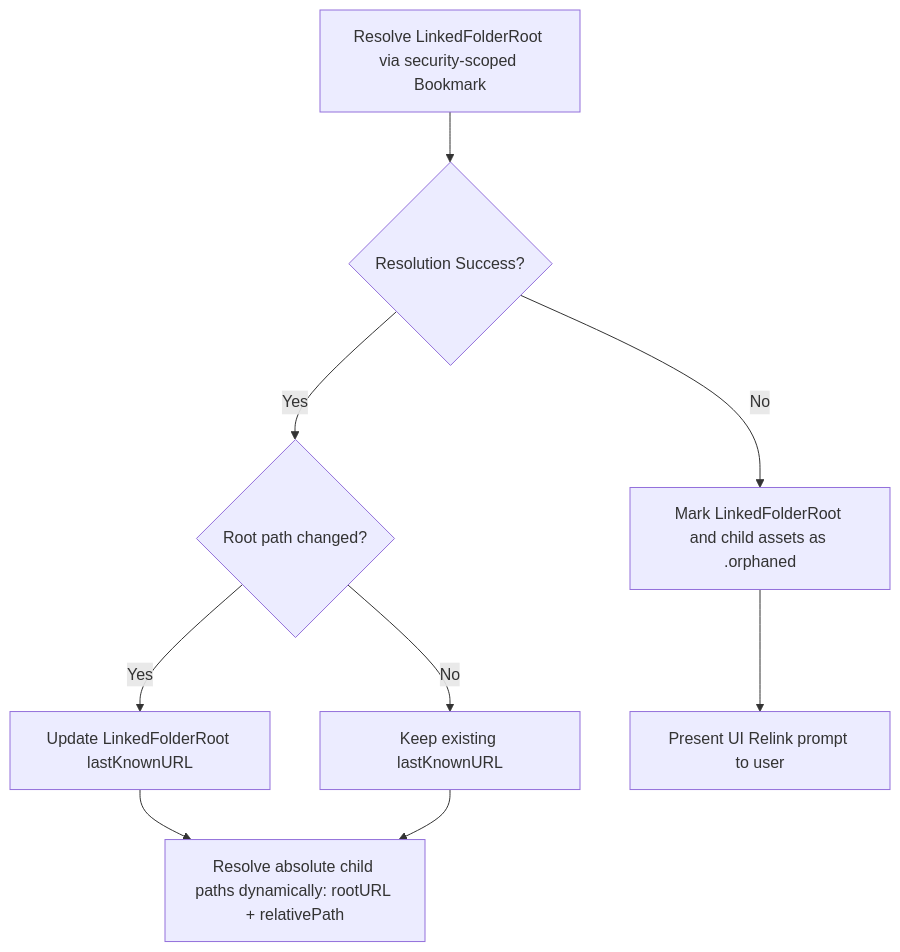
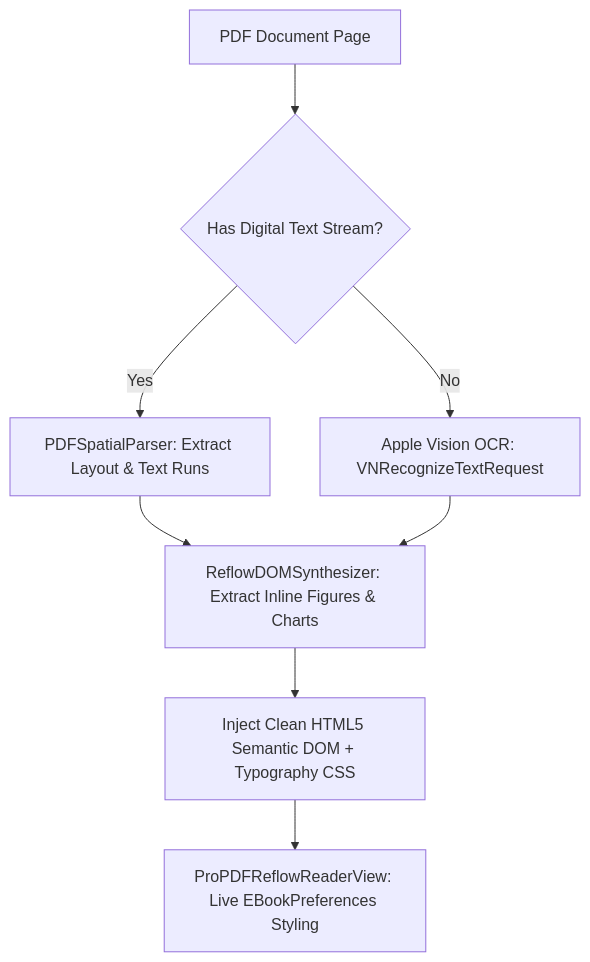
Before and after one commit to cisidro93/InksyncPro: the diagram in docs/InksyncPro_Product_Bible.md, drawn with Mermaid. The commit also changed other lines of this file, not shown here.

Commit message:
docs: update InksyncPro Product Bible with Master Architecture Protocol, Vision OCR PDF Reflow, EPUB stabilization suite, and Swift 6 standards

````diff
--- a/docs/InksyncPro_Product_Bible.md
+++ b/docs/InksyncPro_Product_Bible.md
@@ -405,11 +57,10 @@
 ```mermaid
 graph TD
-    A[Resolve LinkedFolderRoot via security-scoped Bookmark] --> B{Resolution Success?}
-    B -- Yes --> C{Root path changed?}
-    C -- Yes --> D[Update LinkedFolderRoot lastKnownURL]
-    C -- No --> E[Keep existing lastKnownURL]
-    B -- No --> F[Mark LinkedFolderRoot and child assets as .orphaned]
-    D --> G[Resolve absolute child paths dynamically: rootURL + relativePath]
-    E --> G
-    F --> H[Present UI Relink prompt to user]
+    A[PDF Document Page] --> B{Has Digital Text Stream?}
+    B -- Yes --> C[PDFSpatialParser: Extract Layout & Text Runs]
+    B -- No --> D[Apple Vision OCR: VNRecognizeTextRequest]
+    C --> E[ReflowDOMSynthesizer: Extract Inline Figures & Charts]
+    D --> E
+    E --> F[Inject Clean HTML5 Semantic DOM + Typography CSS]
+    F --> G[ProPDFReflowReaderView: Live EBookPreferences Styling]
 ```
````
